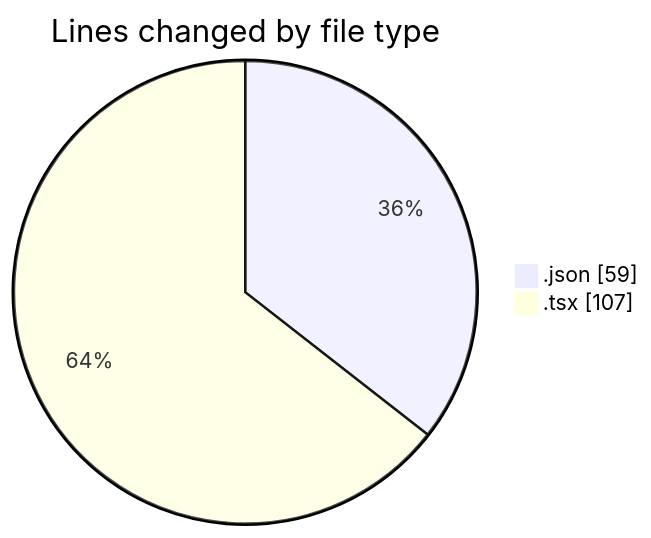
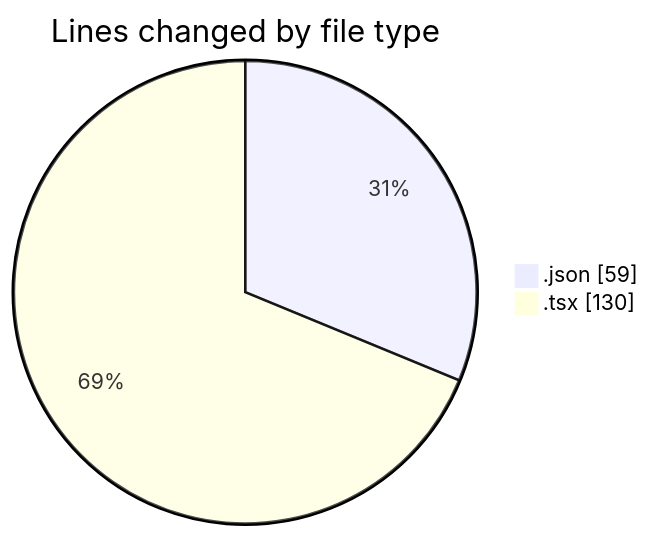
Before and after one commit to momahboobian/code-tracking: the first of 2 diagrams in 2025-11-19/cda/README.md, drawn with Mermaid. The commit also changed other lines of this file and 1 other file, not shown here.

````diff
--- a/2025-11-19/cda/README.md
+++ b/2025-11-19/cda/README.md
@@ -21,6 +21,6 @@
 ```mermaid
 pie showData
 title Lines changed by file type
 ".json" : 59
-".tsx" : 107
+".tsx" : 130
 ```
````
